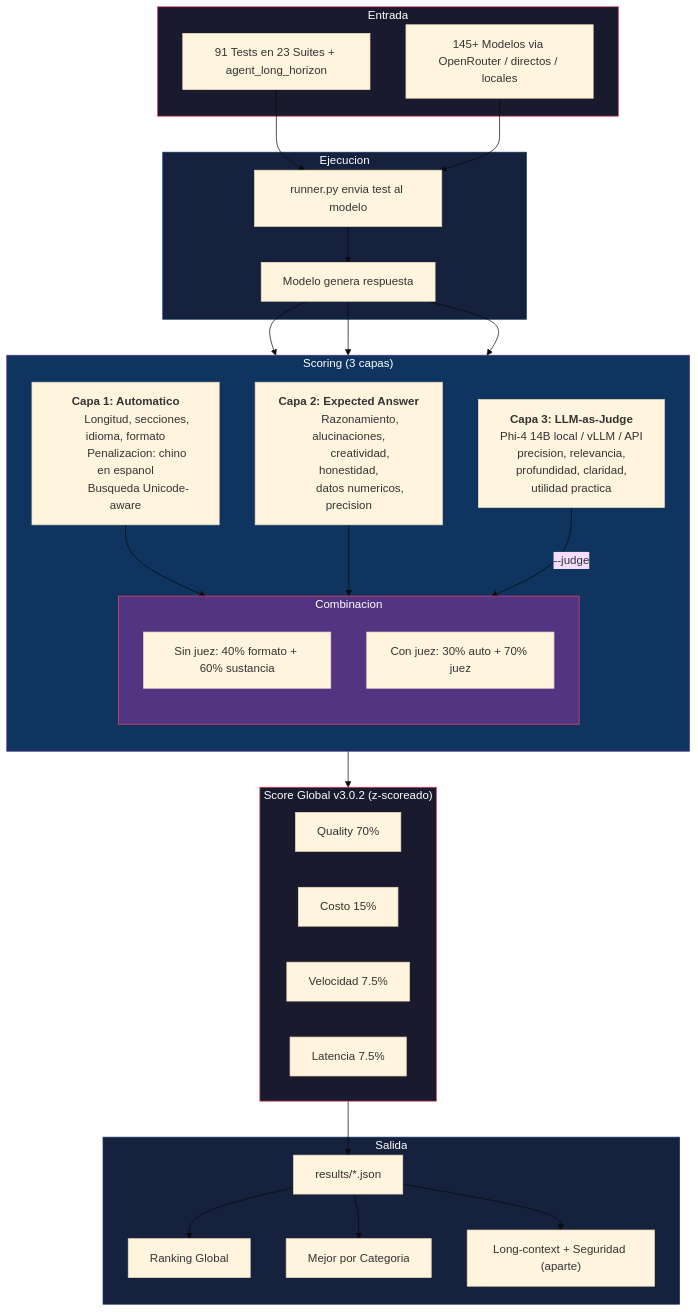
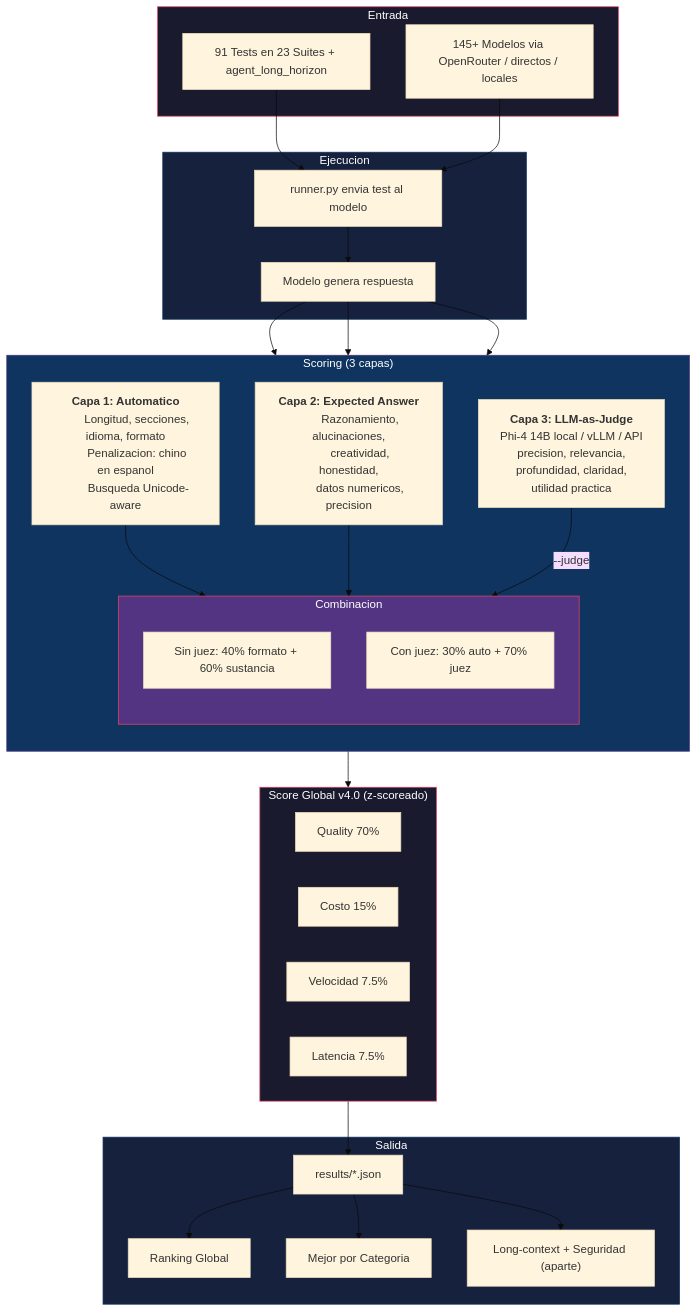
Before and after one commit to ctala/ai-benchmarks-alternativos: the diagram in README.md, drawn with Mermaid (base theme). The commit also changed other lines of this file and 3 other files, not shown here.

````diff
--- a/README.md
+++ b/README.md
@@ -302,75 +304,75 @@
 ```mermaid
 flowchart TD
     subgraph INPUT["Entrada"]
         T["91 Tests en 23 Suites + agent_long_horizon"]
         M["145+ Modelos via OpenRouter / directos / locales"]
     end
 
     subgraph EXEC["Ejecucion"]
         R["runner.py envia test al modelo"]
         RESP["Modelo genera respuesta"]
         R --> RESP
     end
 
     subgraph SCORING["Scoring (3 capas)"]
         direction TB
         S1["<b>Capa 1: Automatico</b>
         Longitud, secciones, idioma, formato
         Penalizacion: chino en espanol
         Busqueda Unicode-aware"]
 
         S2["<b>Capa 2: Expected Answer</b>
         Razonamiento, alucinaciones,
         creatividad, honestidad,
         datos numericos, precision"]
 
         S3["<b>Capa 3: LLM-as-Judge</b>
         Phi-4 14B local / vLLM / API
         precision, relevancia,
         profundidad, claridad,
         utilidad practica"]
 
         S1 --> COMBINE
         S2 --> COMBINE
         S3 -->|"--judge"| COMBINE
     end
 
     subgraph COMBINE["Combinacion"]
         direction TB
         NOJUDGE["Sin juez: 40% formato + 60% sustancia"]
         WITHJUDGE["Con juez: 30% auto + 70% juez"]
     end
 
-    subgraph METRICS["Score Global v3.0.2 (z-scoreado)"]
+    subgraph METRICS["Score Global v4.0 (z-scoreado)"]
         direction LR
         Q["Quality 70%"]
         CO["Costo 15%"]
         SP["Velocidad 7.5%"]
         LA["Latencia 7.5%"]
     end
 
     subgraph OUTPUT["Salida"]
         JSON["results/*.json"]
         RANK["Ranking Global"]
         CAT["Mejor por Categoria"]
         LC["Long-context + Seguridad (aparte)"]
     end
 
     T --> R
     M --> R
     RESP --> S1
     RESP --> S2
     RESP --> S3
     COMBINE --> METRICS
     METRICS --> JSON
     JSON --> RANK
     JSON --> CAT
     JSON --> LC
 
     style INPUT fill:#1a1a2e,stroke:#e94560,color:#fff
     style EXEC fill:#16213e,stroke:#0f3460,color:#fff
     style SCORING fill:#0f3460,stroke:#533483,color:#fff
     style COMBINE fill:#533483,stroke:#e94560,color:#fff
     style METRICS fill:#1a1a2e,stroke:#e94560,color:#fff
     style OUTPUT fill:#16213e,stroke:#0f3460,color:#fff
 ```
````
